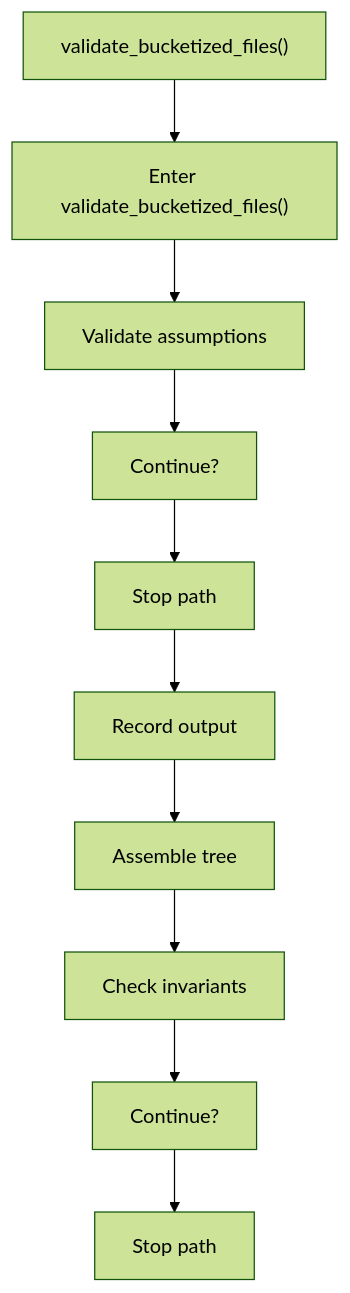
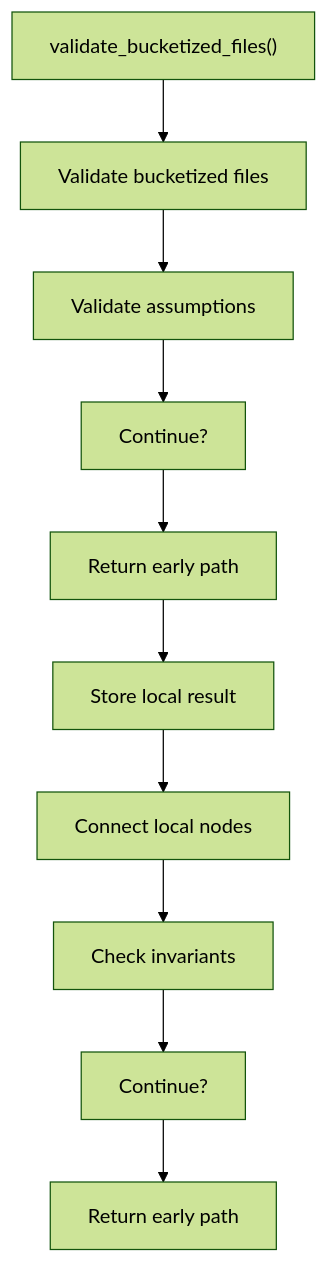
The first of 2 diagrams in docs/Codebase/Microservice/Modules/Source/OutputGeneration/UnitTestGeneration/validate_bucketized_files.cpp.md (JohnAndrewBalbarosa/NeoTerritory), drawn with Mermaid (forest theme) before and after one commit. The commit also changed other lines of this file and 915 other files, not shown here.

````diff
--- a/docs/Codebase/Microservice/Modules/Source/OutputGeneration/UnitTestGeneration/validate_bucketized_files.cpp.md
+++ b/docs/Codebase/Microservice/Modules/Source/OutputGeneration/UnitTestGeneration/validate_bucketized_files.cpp.md
@@ -28,22 +28,22 @@
 ```mermaid
 flowchart TD
     N0["validate_bucketized_files()"]
-    N1["Enter validate_bucketized_files()"]
+    N1["Validate bucketized files"]
     N2["Validate assumptions"]
     N3["Continue?"]
-    N4["Stop path"]
-    N5["Record output"]
-    N6["Assemble tree"]
+    N4["Return early path"]
+    N5["Store local result"]
+    N6["Connect local nodes"]
     N7["Check invariants"]
     N8["Continue?"]
-    N9["Stop path"]
+    N9["Return early path"]
     N0 --> N1
     N1 --> N2
     N2 --> N3
     N3 --> N4
     N4 --> N5
     N5 --> N6
     N6 --> N7
     N7 --> N8
     N8 --> N9
 ```
````
